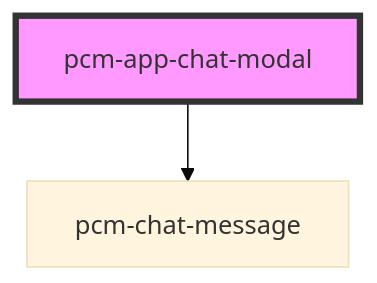
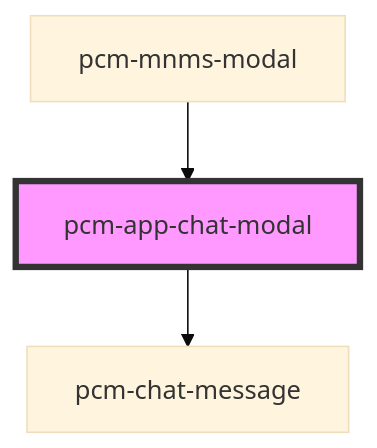
Before and after one commit to Pincaimao/pcm-agents-sdk: the diagram in packages/pcm-agents/docs/components/pcm-app-chat-modal/readme.md, drawn with Mermaid (base theme). The commit also changed other lines of this file and 9 other files, not shown here.

````diff
--- a/packages/pcm-agents/docs/components/pcm-app-chat-modal/readme.md
+++ b/packages/pcm-agents/docs/components/pcm-app-chat-modal/readme.md
@@ -49,5 +52,6 @@
 ```mermaid
 graph TD;
   pcm-app-chat-modal --> pcm-chat-message
+  pcm-mnms-modal --> pcm-app-chat-modal
   style pcm-app-chat-modal fill:#f9f,stroke:#333,stroke-width:4px
 ```
````
